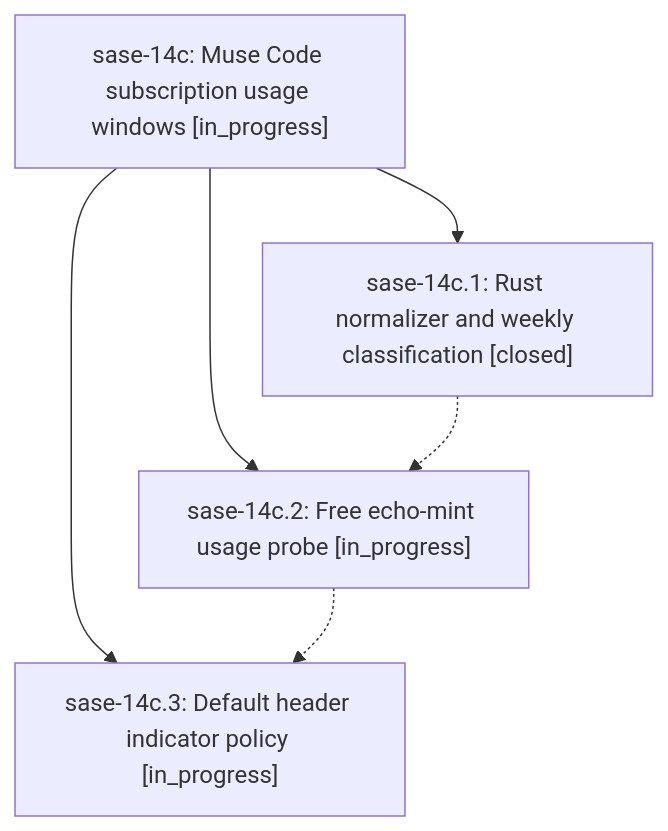
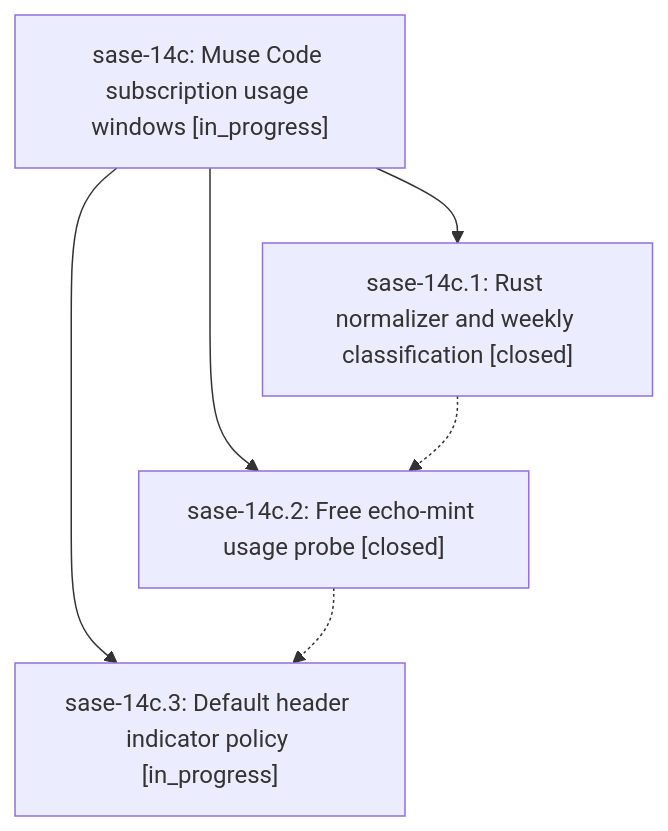
One commit to sase-org/sase--beads changed the diagram in pages/sase-14c/README.md. Above: the diagram before and after it, drawn with Mermaid. The commit also changed other lines of this file and 3 other files, not shown here.

````diff
--- a/pages/sase-14c/README.md
+++ b/pages/sase-14c/README.md
@@ -36,12 +36,12 @@
 ```mermaid
 flowchart TD
     n0["sase-14c: Muse Code subscription usage windows [in_progress]"]
     n1["sase-14c.1: Rust normalizer and weekly classification [closed]"]
-    n2["sase-14c.2: Free echo-mint usage probe [in_progress]"]
+    n2["sase-14c.2: Free echo-mint usage probe [closed]"]
     n3["sase-14c.3: Default header indicator policy [in_progress]"]
     n0 --> n1
     n0 --> n2
     n0 --> n3
     n1 -.-> n2
     n2 -.-> n3
 ```
````
